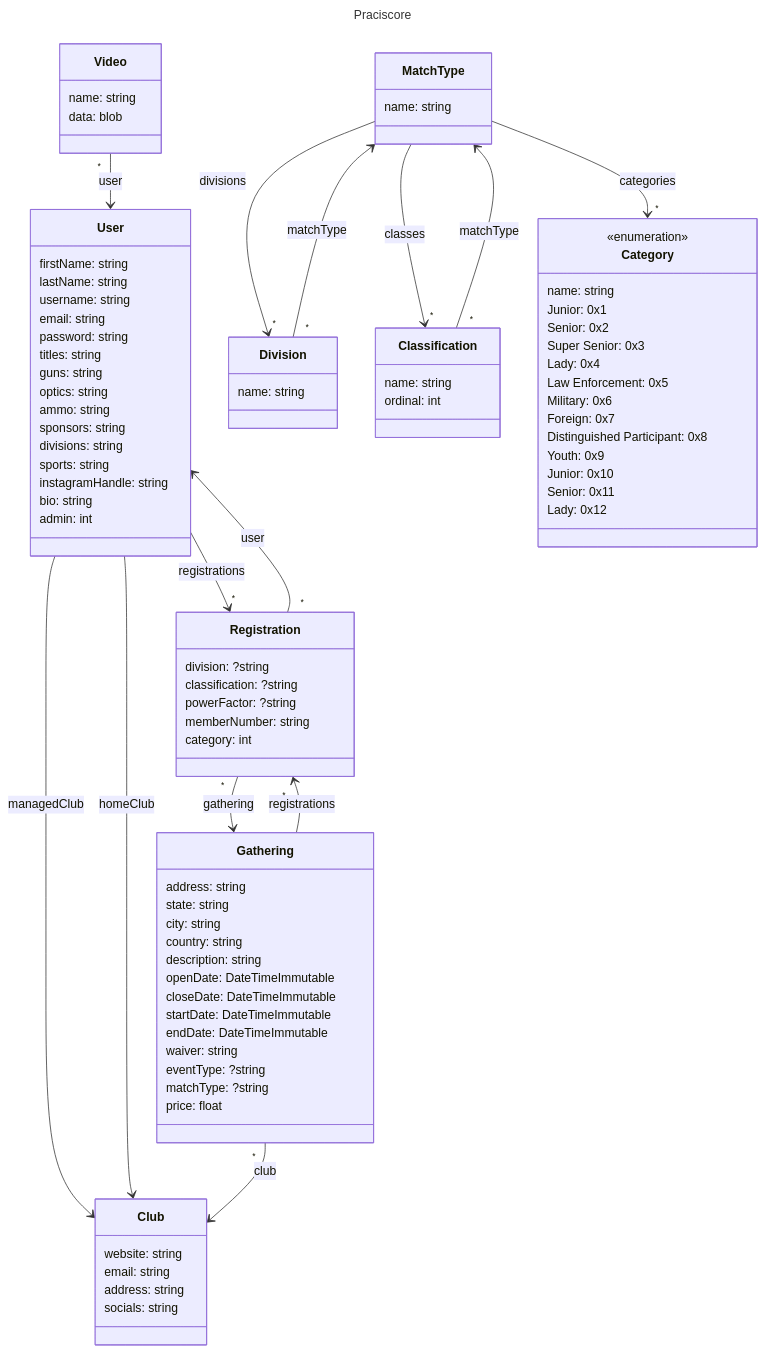
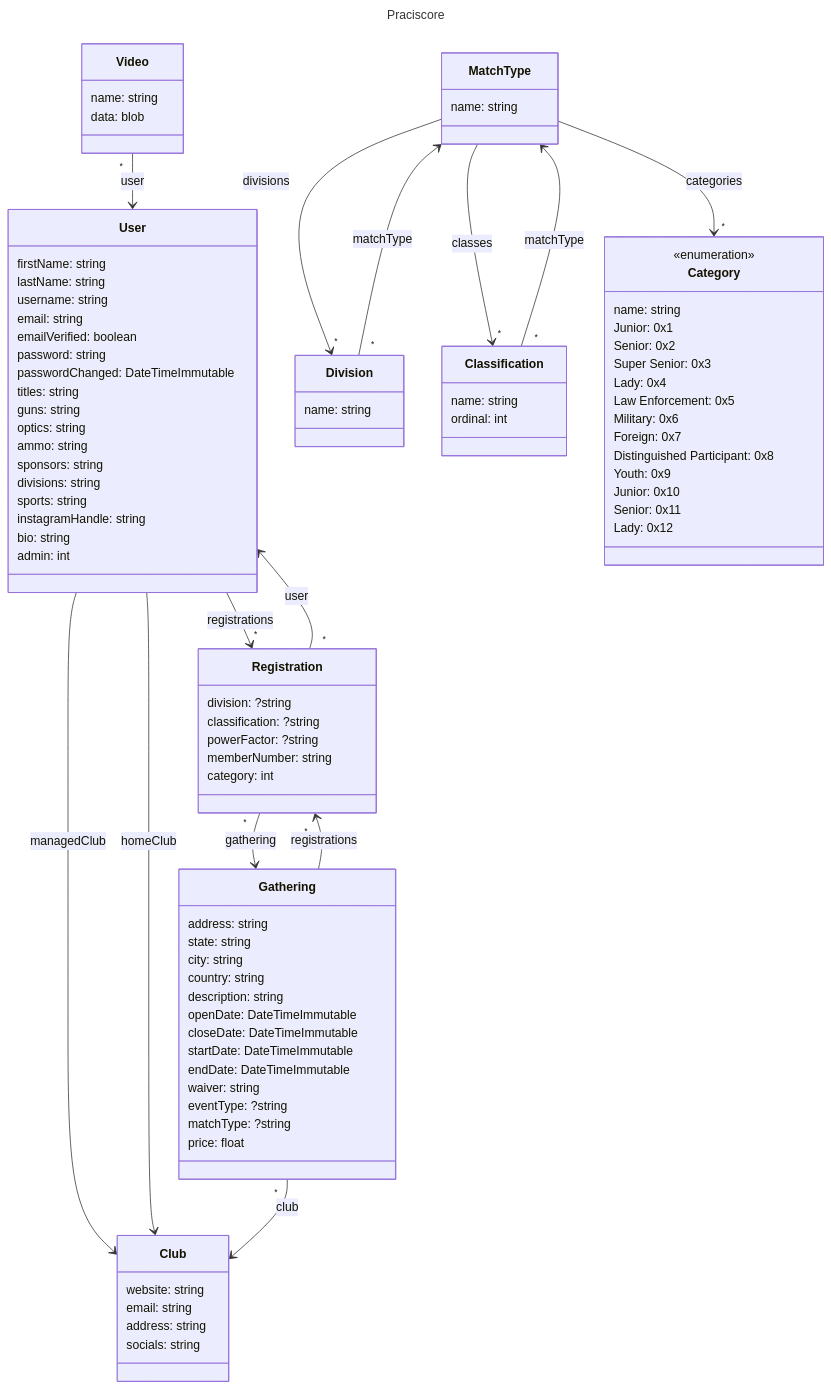
Before and after one commit to DankYoda/Practiscore: the diagram in docs/class_diagram.mmd, drawn with Mermaid. The commit also changed 13 other files, not shown here.

```diff
--- a/docs/class_diagram.mmd
+++ b/docs/class_diagram.mmd
@@ -1,100 +1,102 @@
 ---
 title: Praciscore
 ---
 classDiagram
     User --> Club: managedClub
     User --> Club: homeClub
     User --> "*" Registration: registrations
     class User {
         firstName: string
         lastName: string
         username: string
         email: string
+        emailVerified: boolean
         password: string
+        passwordChanged: DateTimeImmutable
         titles: string
         guns: string
         optics: string
         ammo: string
         sponsors: string
         divisions: string
         sports: string
         instagramHandle: string
         bio: string
         admin: int
     }
 
     class Club {
         website: string
         email: string
         address: string
         socials: string
     }
 
     Registration "*" --> User: user
     Registration "*" --> Gathering: gathering
     class Registration {
         division: ?string
         classification: ?string
         powerFactor: ?string
         memberNumber: string
         category: int
     }
 
     Gathering --> "*" Registration: registrations
     Gathering "*" --> Club: club
     class Gathering {
         address: string
         state: string
         city: string
         country: string
         description: string
         openDate: DateTimeImmutable
         closeDate: DateTimeImmutable
         startDate: DateTimeImmutable
         endDate: DateTimeImmutable
         waiver: string
         eventType: ?string
         matchType: ?string
         price: float
     }
     MatchType --> "*" Division: divisions
     MatchType --> "*" Classification: classes
     MatchType --> "*" Category: categories
     class MatchType {
         name: string
     }
     Division "*" --> MatchType: matchType
     class Division {
         name: string
     }
     Classification "*" --> MatchType: matchType
     class Classification {
         name: string
         ordinal: int
     }
 
     class Category {
         name: string
     }
 
     class Category {
         <<enumeration>>
         Junior: 0x1
         Senior: 0x2
         Super Senior: 0x3
         Lady: 0x4
         Law Enforcement: 0x5
         Military: 0x6
         Foreign: 0x7
         Distinguished Participant: 0x8
         Youth: 0x9
         Junior: 0x10
         Senior: 0x11
         Lady: 0x12
     }
 
     Video "*" --> User: user
     class Video {
         name: string
         data: blob
     }
```
